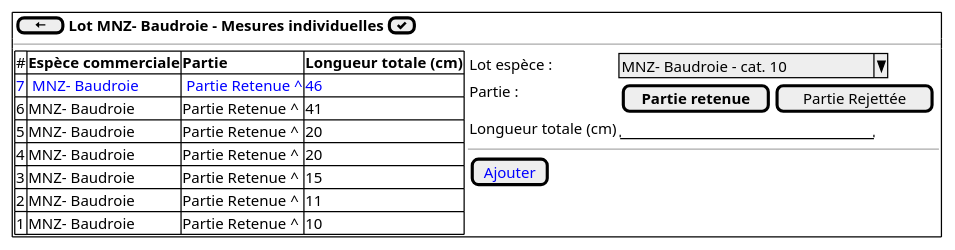
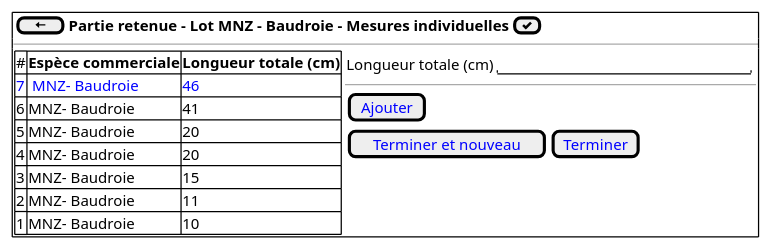
Before and after one commit to sumaris-net/sumaris-doc: the diagram in projects/apase/spe/individual-measure.puml, drawn with PlantUML. The commit also changed 2 other files, not shown here.

```diff
--- a/projects/apase/spe/individual-measure.puml
+++ b/projects/apase/spe/individual-measure.puml
@@ -1,28 +1,28 @@
 @startsalt
  {+
-  {  [ <&arrow-left> ] | <b>Lot MNZ- Baudroie - Mesures individuelles | [<&check>] }
+  {  [ <&arrow-left> ] | <b>Partie retenue - Lot MNZ - Baudroie - Mesures individuelles | [<&check>] }
 
   --
 
   {
 	{#
-      # | <b>Espèce commerciale        |  <b>Partie  | <b>Longueur totale (cm)
-      <color:blue>7 | <color:blue> MNZ- Baudroie             | <color:blue> Partie Retenue ^ |  <color:blue>46
-      6 | MNZ- Baudroie             | Partie Retenue ^ |  41
-      5 | MNZ- Baudroie             | Partie Retenue ^ |  20
-      4 | MNZ- Baudroie             | Partie Retenue ^ |  20
-      3 | MNZ- Baudroie             | Partie Retenue ^ |  15
-      2 | MNZ- Baudroie             | Partie Retenue ^ |  11
-      1 | MNZ- Baudroie             | Partie Retenue ^ |  10
+      # | <b>Espèce commerciale        |  <b>Longueur totale (cm)
+      <color:blue>7 | <color:blue> MNZ- Baudroie             | <color:blue>46
+      6 | MNZ- Baudroie             | 41
+      5 | MNZ- Baudroie             | 20
+      4 | MNZ- Baudroie             | 20
+      3 | MNZ- Baudroie             | 15
+      2 | MNZ- Baudroie             | 11
+      1 | MNZ- Baudroie             | 10
     } | {
         {
-          Lot espèce :         | ^ MNZ- Baudroie - cat. 10 ^
-          Partie :             | { [<b>Partie retenue] | [Partie Rejettée] }
           Longueur totale (cm) | "                         "
         }
         --
         { [<color:blue>Ajouter] }
+
+        { [<color:blue>Terminer et nouveau] | [<color:blue>Terminer] }
       }
     }
   }
 @endsalt
```
